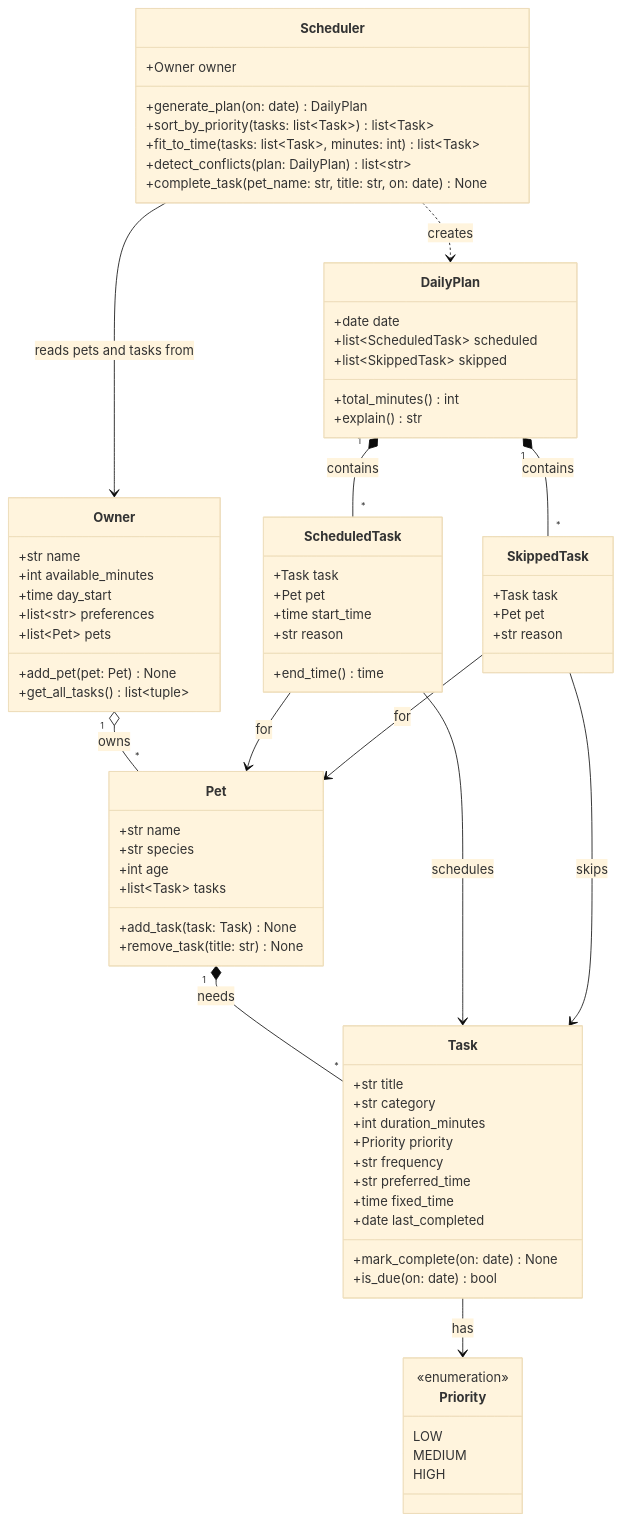
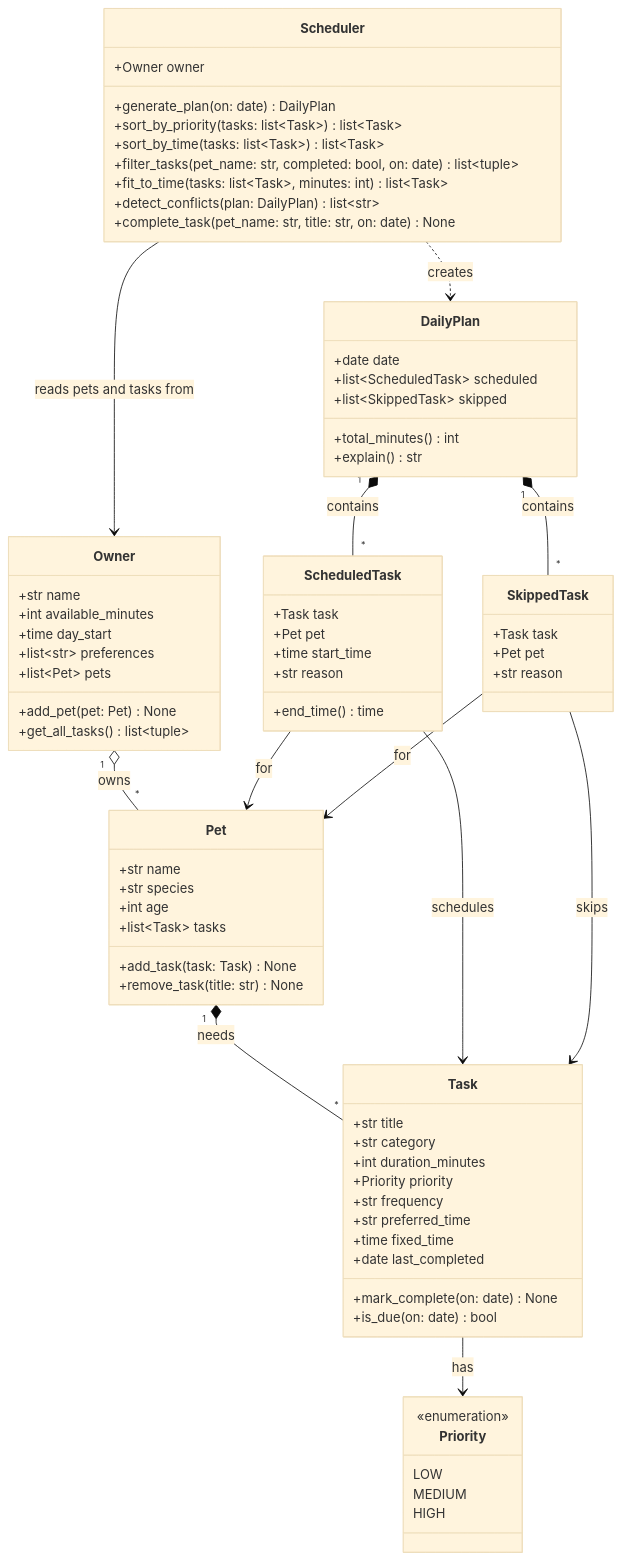
Before and after one commit to shaneilrose2/ai110-module2show-pawpal-starter: the diagram in diagrams/uml.mmd, drawn with Mermaid (base theme). The commit also changed 5 other files, not shown here.

```diff
--- a/diagrams/uml.mmd
+++ b/diagrams/uml.mmd
@@ -1,84 +1,86 @@
 classDiagram
     %% PawPal+ design. Keep this file updated so it matches your final implementation.
 
     class Owner {
         +str name
         +int available_minutes
         +time day_start
         +list~str~ preferences
         +list~Pet~ pets
         +add_pet(pet: Pet) None
         +get_all_tasks() list~tuple~
     }
 
     class Pet {
         +str name
         +str species
         +int age
         +list~Task~ tasks
         +add_task(task: Task) None
         +remove_task(title: str) None
     }
 
     class Task {
         +str title
         +str category
         +int duration_minutes
         +Priority priority
         +str frequency
         +str preferred_time
         +time fixed_time
         +date last_completed
         +mark_complete(on: date) None
         +is_due(on: date) bool
     }
 
     class Priority {
         <<enumeration>>
         LOW
         MEDIUM
         HIGH
     }
 
     class Scheduler {
         +Owner owner
         +generate_plan(on: date) DailyPlan
         +sort_by_priority(tasks: list~Task~) list~Task~
+        +sort_by_time(tasks: list~Task~) list~Task~
+        +filter_tasks(pet_name: str, completed: bool, on: date) list~tuple~
         +fit_to_time(tasks: list~Task~, minutes: int) list~Task~
         +detect_conflicts(plan: DailyPlan) list~str~
         +complete_task(pet_name: str, title: str, on: date) None
     }
 
     class DailyPlan {
         +date date
         +list~ScheduledTask~ scheduled
         +list~SkippedTask~ skipped
         +total_minutes() int
         +explain() str
     }
 
     class ScheduledTask {
         +Task task
         +Pet pet
         +time start_time
         +str reason
         +end_time() time
     }
 
     class SkippedTask {
         +Task task
         +Pet pet
         +str reason
     }
 
     Owner "1" o-- "*" Pet : owns
     Pet "1" *-- "*" Task : needs
     Task --> Priority : has
     Scheduler --> Owner : reads pets and tasks from
     Scheduler ..> DailyPlan : creates
     DailyPlan "1" *-- "*" ScheduledTask : contains
     DailyPlan "1" *-- "*" SkippedTask : contains
     ScheduledTask --> Task : schedules
     ScheduledTask --> Pet : for
     SkippedTask --> Task : skips
     SkippedTask --> Pet : for
```
